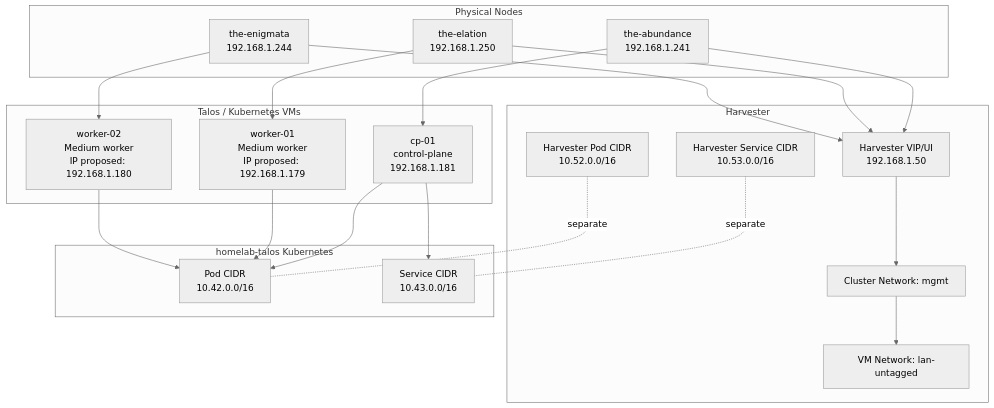
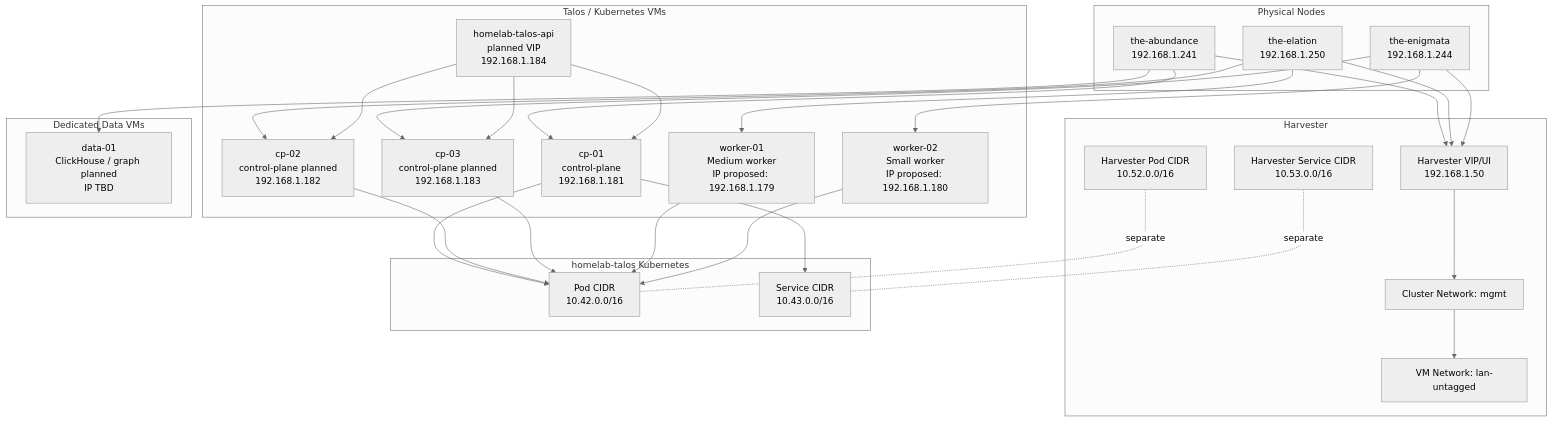
Before and after one commit to yanglianglu/homelab-platform: the second of 2 diagrams in docs/network-map.md, drawn with Mermaid (neutral theme). The commit also changed 31 other files, not shown here.

````diff
--- a/docs/network-map.md
+++ b/docs/network-map.md
@@ -31,42 +31,57 @@
 ```mermaid
 flowchart TB
   subgraph physical["Physical Nodes"]
     abundance["the-abundance<br/>192.168.1.241"]
     elation["the-elation<br/>192.168.1.250"]
     enigmata["the-enigmata<br/>192.168.1.244"]
   end
 
   subgraph harvester["Harvester"]
     vip["Harvester VIP/UI<br/>192.168.1.50"]
     mgmt["Cluster Network: mgmt"]
     vmnet["VM Network: lan-untagged"]
     hpods["Harvester Pod CIDR<br/>10.52.0.0/16"]
     hsvcs["Harvester Service CIDR<br/>10.53.0.0/16"]
   end
 
   subgraph talos["Talos / Kubernetes VMs"]
+    api["homelab-talos-api<br/>planned VIP<br/>192.168.1.184"]
     cp["cp-01<br/>control-plane<br/>192.168.1.181"]
+    cp2["cp-02<br/>control-plane planned<br/>192.168.1.182"]
+    cp3["cp-03<br/>control-plane planned<br/>192.168.1.183"]
     w1["worker-01<br/>Medium worker<br/>IP proposed: 192.168.1.179"]
-    w2["worker-02<br/>Medium worker<br/>IP proposed: 192.168.1.180"]
+    w2["worker-02<br/>Small worker<br/>IP proposed: 192.168.1.180"]
+  end
+
+  subgraph data["Dedicated Data VMs"]
+    data01["data-01<br/>ClickHouse / graph planned<br/>IP TBD"]
   end
 
   subgraph k8s["homelab-talos Kubernetes"]
     pods["Pod CIDR<br/>10.42.0.0/16"]
     svcs["Service CIDR<br/>10.43.0.0/16"]
   end
 
   abundance --> vip
   elation --> vip
   enigmata --> vip
   vip --> mgmt
   mgmt --> vmnet
   abundance --> cp
+  elation --> cp2
+  enigmata --> cp3
   elation --> w1
   enigmata --> w2
+  abundance --> data01
+  api --> cp
+  api --> cp2
+  api --> cp3
   cp --> pods
+  cp2 --> pods
+  cp3 --> pods
   cp --> svcs
   w1 --> pods
   w2 --> pods
   hpods -. separate .- pods
   hsvcs -. separate .- svcs
 ```
````
